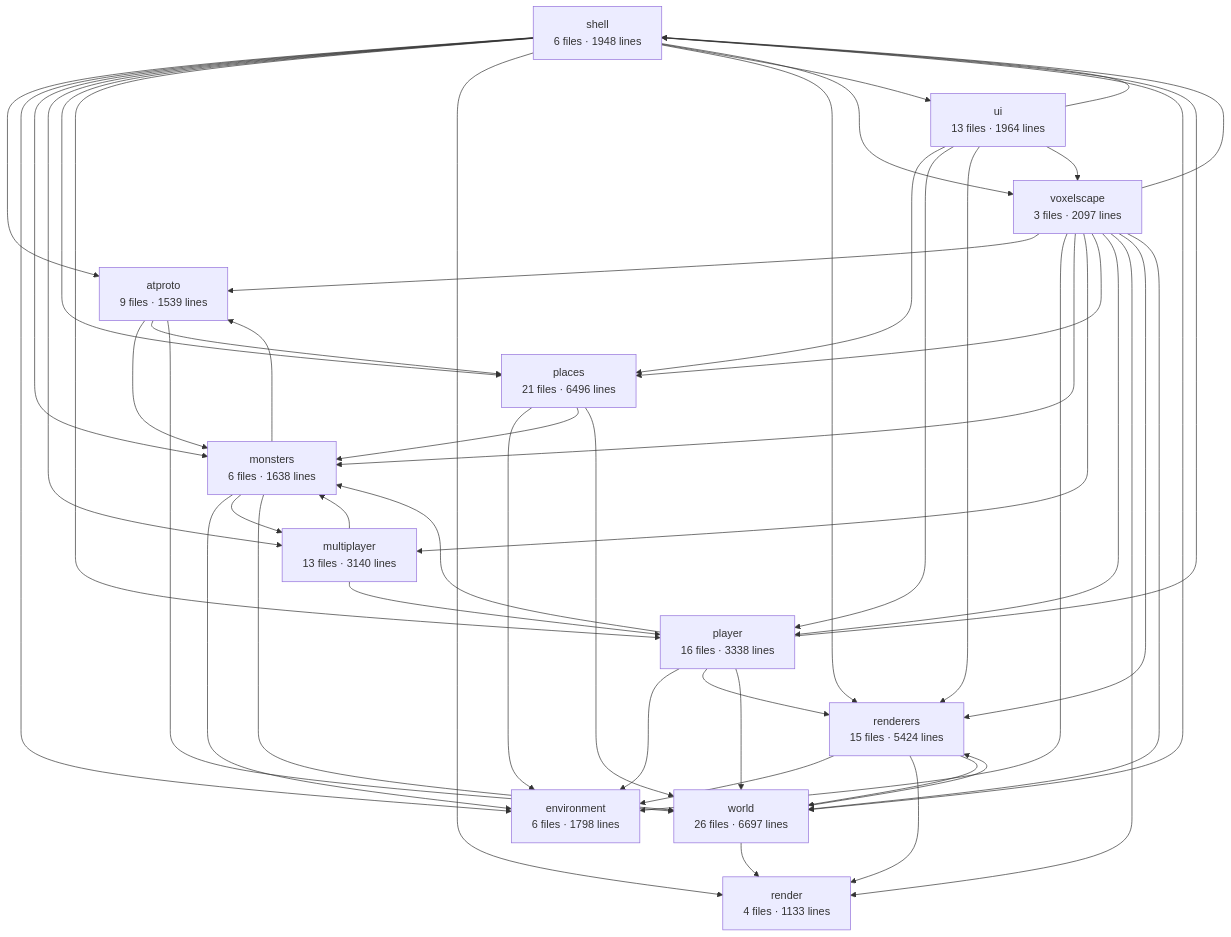
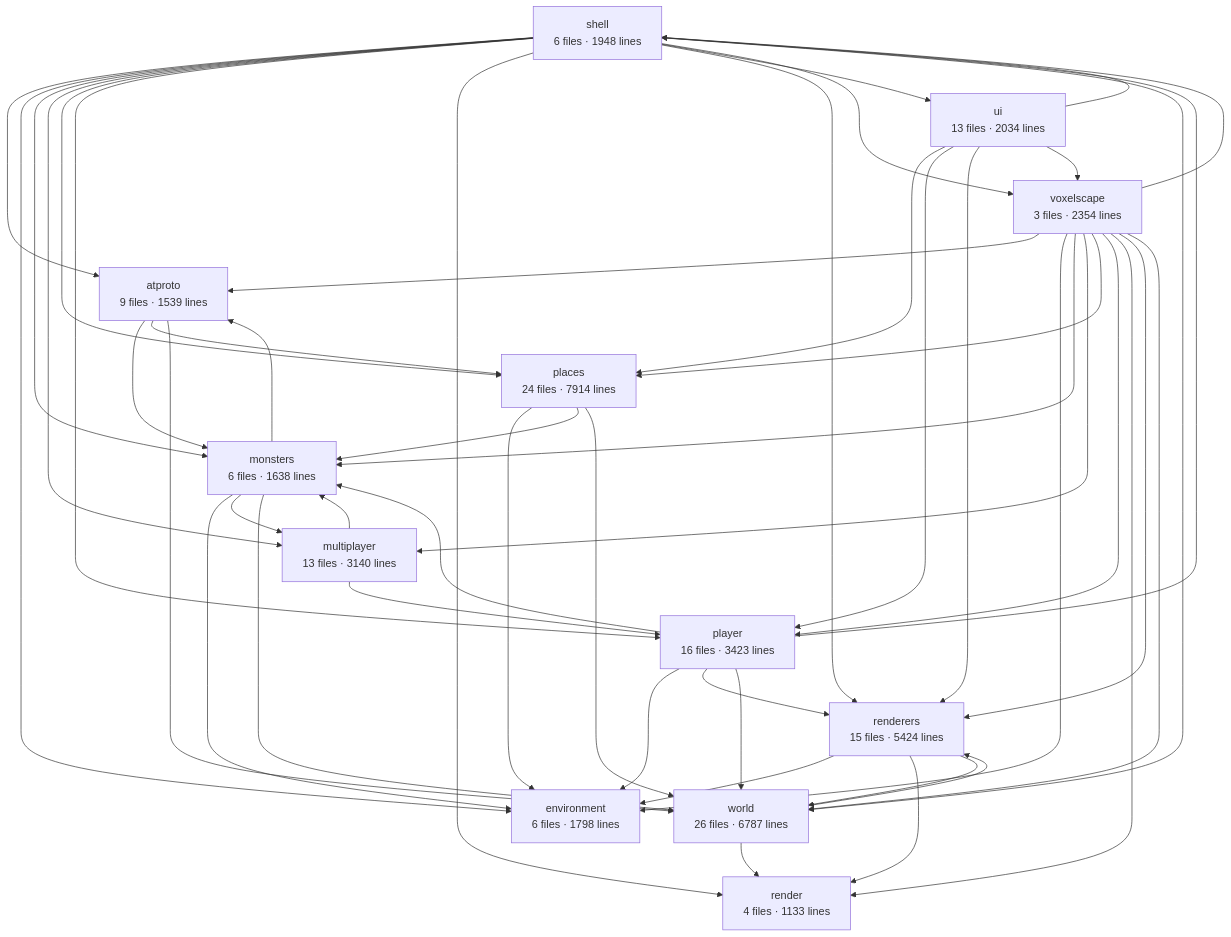
One commit to clinuxrulz/big-mesh-studios changed the diagram in apps/voxelscape/docs/architecture.md. Above: the diagram before and after it, drawn with Mermaid. The commit also changed other lines of this file and 40 other files, not shown here.

````diff
--- a/apps/voxelscape/docs/architecture.md
+++ b/apps/voxelscape/docs/architecture.md
@@ -6,63 +6,63 @@
 ```mermaid
 graph TD
   shell["shell<br/>6 files · 1948 lines"]
-  voxelscape["voxelscape<br/>3 files · 2097 lines"]
-  world["world<br/>26 files · 6697 lines"]
+  voxelscape["voxelscape<br/>3 files · 2354 lines"]
+  world["world<br/>26 files · 6787 lines"]
   renderers["renderers<br/>15 files · 5424 lines"]
   render["render<br/>4 files · 1133 lines"]
-  player["player<br/>16 files · 3338 lines"]
+  player["player<br/>16 files · 3423 lines"]
   monsters["monsters<br/>6 files · 1638 lines"]
   multiplayer["multiplayer<br/>13 files · 3140 lines"]
-  places["places<br/>21 files · 6496 lines"]
+  places["places<br/>24 files · 7914 lines"]
   environment["environment<br/>6 files · 1798 lines"]
   atproto["atproto<br/>9 files · 1539 lines"]
-  ui["ui<br/>13 files · 1964 lines"]
+  ui["ui<br/>13 files · 2034 lines"]
   atproto --> monsters
   atproto --> places
   atproto --> world
   monsters --> atproto
   monsters --> environment
   monsters --> multiplayer
   monsters --> world
   multiplayer --> monsters
   multiplayer --> player
   places --> environment
   places --> monsters
   places --> world
   player --> environment
   player --> monsters
   player --> renderers
   player --> shell
   player --> world
   renderers --> environment
   renderers --> render
   renderers --> world
   shell --> atproto
   shell --> environment
   shell --> monsters
   shell --> multiplayer
   shell --> places
   shell --> player
   shell --> render
   shell --> renderers
   shell --> ui
   shell --> voxelscape
   shell --> world
   ui --> places
   ui --> player
   ui --> renderers
   ui --> shell
   ui --> voxelscape
   voxelscape --> atproto
   voxelscape --> environment
   voxelscape --> monsters
   voxelscape --> multiplayer
   voxelscape --> places
   voxelscape --> player
   voxelscape --> render
   voxelscape --> renderers
   voxelscape --> shell
   voxelscape --> world
   world --> render
   world --> renderers
 ```
````
